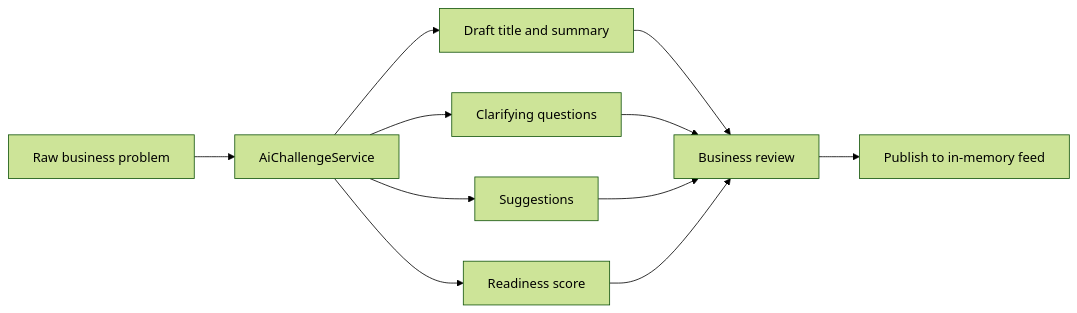
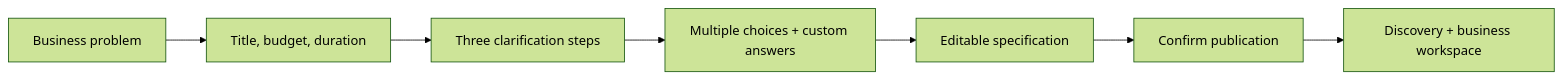
Before and after one commit to BAITC-Hacks/hack-3228a77c-it-forge: the first of 2 diagrams in README.md, drawn with Mermaid (forest theme). The commit also changed other lines of this file, not shown here.

````diff
--- a/README.md
+++ b/README.md
@@ -39,13 +36,9 @@
-```mermaid
+~~~mermaid
 flowchart LR
-  A[Raw business problem] --> B[AiChallengeService]
-  B --> C[Draft title and summary]
-  B --> D[Clarifying questions]
-  B --> E[Suggestions]
-  B --> F[Readiness score]
-  C --> G[Business review]
-  D --> G
-  E --> G
-  F --> G
-  G --> H[Publish to in-memory feed]
-```
+  A[Business problem] --> B[Title, budget, duration]
+  B --> C[Three clarification steps]
+  C --> D[Multiple choices + custom answers]
+  D --> E[Editable specification]
+  E --> F[Confirm publication]
+  F --> G[Discovery + business workspace]
+~~~
````
